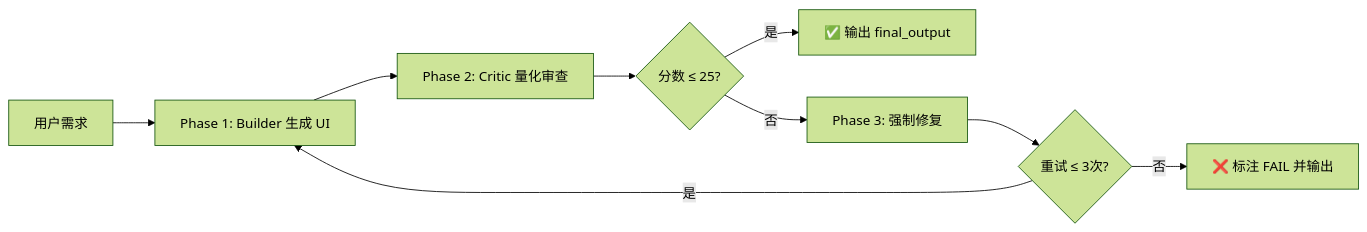
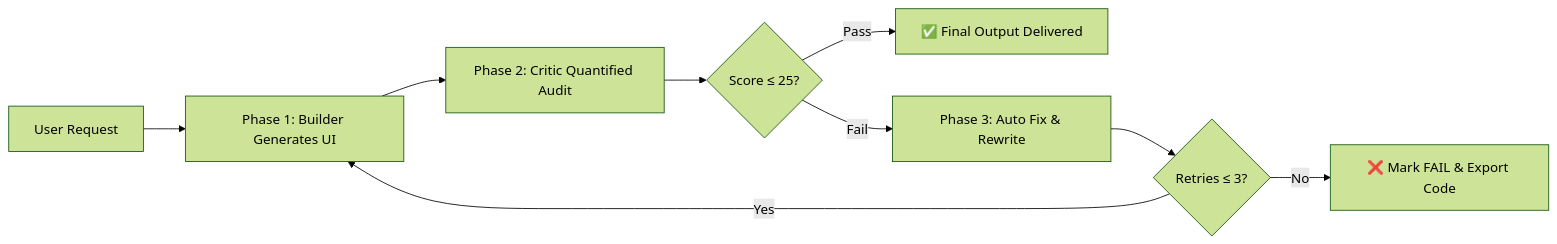
The diagram in README.md (cnpetershen/anti-ai-ui-skill), drawn with Mermaid (forest theme) before and after one commit. The commit also changed other lines of this file, not shown here.

````diff
--- a/README.md
+++ b/README.md
@@ -105,11 +80,11 @@
 ```mermaid
 graph LR
-    A[用户需求] --> B[Phase 1: Builder 生成 UI]
-    B --> C[Phase 2: Critic 量化审查]
-    C --> D{分数 ≤ 25?}
-    D -->|是| E[✅ 输出 final_output]
-    D -->|否| F[Phase 3: 强制修复]
-    F --> G{重试 ≤ 3次?}
-    G -->|是| B
-    G -->|否| H[❌ 标注 FAIL 并输出]
+    A[User Request] --> B[Phase 1: Builder Generates UI]
+    B --> C[Phase 2: Critic Quantified Audit]
+    C --> D{Score ≤ 25?}
+    D -->|Pass| E[✅ Final Output Delivered]
+    D -->|Fail| F[Phase 3: Auto Fix & Rewrite]
+    F --> G{Retries ≤ 3?}
+    G -->|Yes| B
+    G -->|No| H[❌ Mark FAIL & Export Code]
 ```
````
